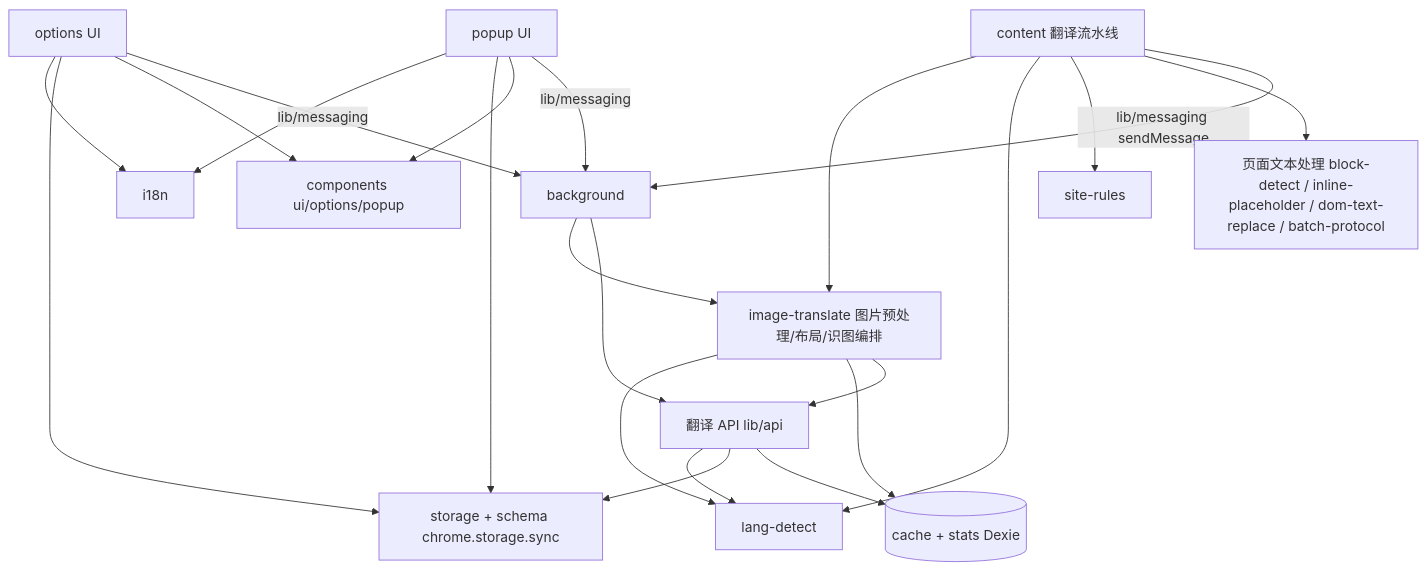
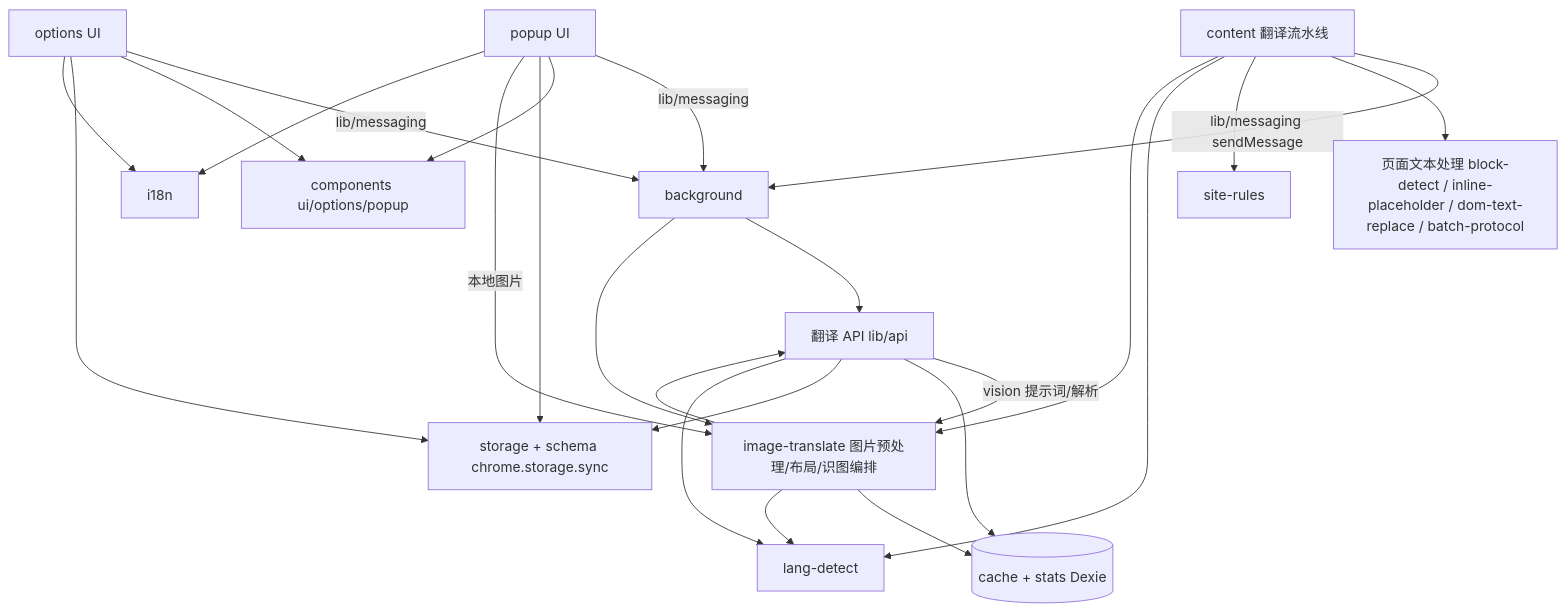
One commit to HodgeWen/translator changed the diagram in .agents/docs/CODE-MAP.md. Above: the diagram before and after it, drawn with Mermaid. The commit also changed 5 other files, not shown here.

````diff
--- a/.agents/docs/CODE-MAP.md
+++ b/.agents/docs/CODE-MAP.md
@@ -52,24 +52,26 @@
 ```mermaid
 graph TD
     content[content 翻译流水线] -->|lib/messaging sendMessage| background[background]
     popup[popup UI] -->|lib/messaging| background
     options[options UI] -->|lib/messaging| background
     content --> textproc[页面文本处理 block-detect / inline-placeholder / dom-text-replace / batch-protocol]
     content --> siterules[site-rules]
     content --> langdetect[lang-detect]
     content --> imagetranslate[image-translate 图片预处理/布局/识图编排]
     background --> api[翻译 API lib/api]
     background --> imagetranslate
+    api -->|vision 提示词/解析| imagetranslate
     imagetranslate --> api
     imagetranslate --> cache
     imagetranslate --> langdetect
     popup --> uicomp[components ui/options/popup]
     options --> uicomp
     api --> cache[(cache + stats Dexie)]
     api --> storage[storage + schema chrome.storage.sync]
     api --> langdetect[lang-detect]
     popup --> storage
+    popup -->|本地图片| imagetranslate
     options --> storage
     popup --> i18n[i18n]
     options --> i18n
 ```
````
